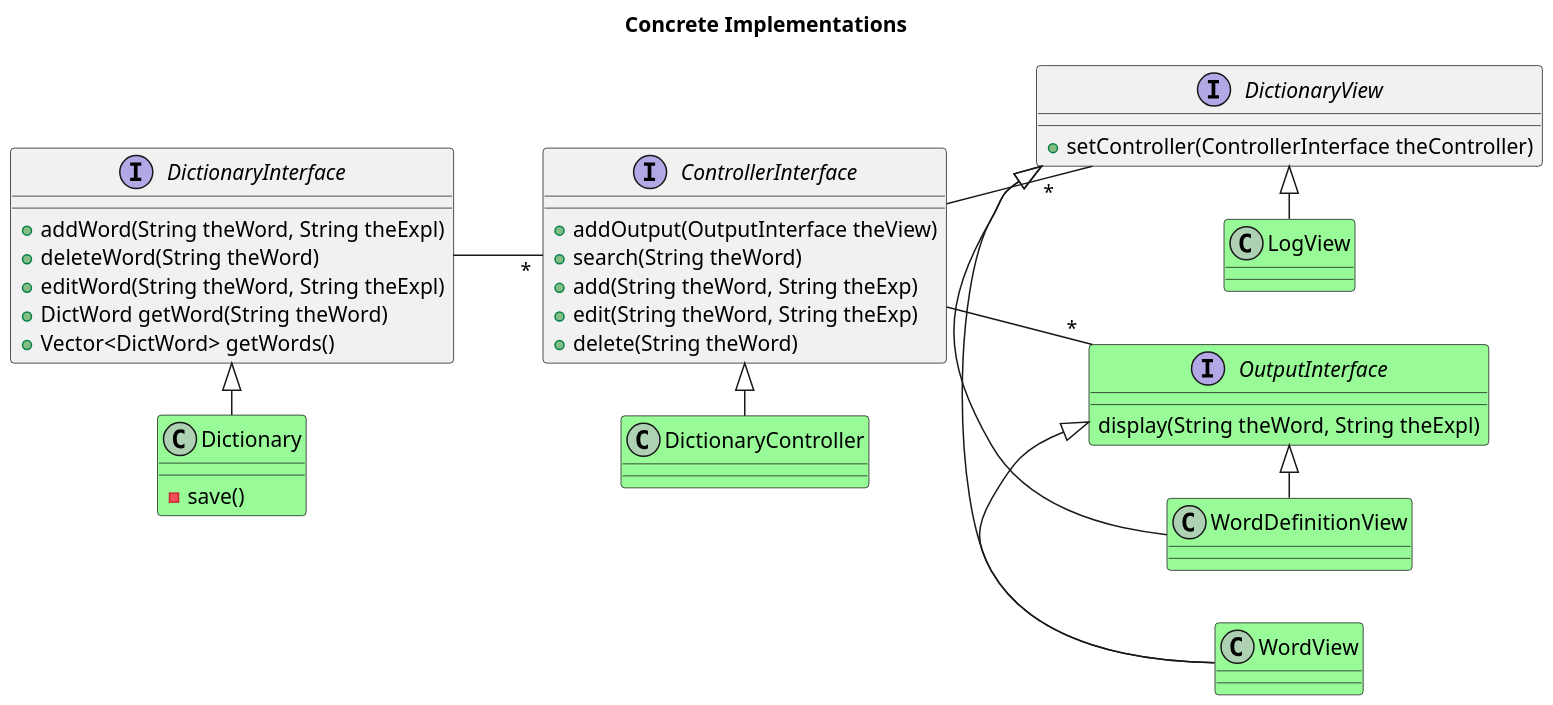
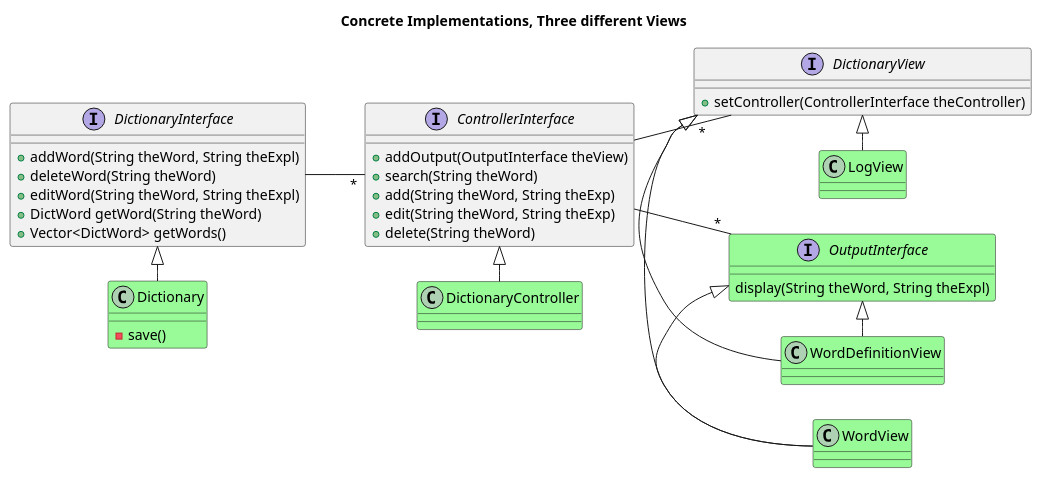
One commit to bth-dipt-teaching/PA1458-OO-Design changed the sixth of 8 diagrams in Lectures/07_Design_to_Code.org. Above: the diagram before and after it, drawn with PlantUML. The commit also changed other lines of this file and 15 other files, not shown here.

```diff
--- a/Lectures/07_Design_to_Code.org
+++ b/Lectures/07_Design_to_Code.org
@@ -162,46 +171,46 @@
 #+BEGIN_SRC plantuml :file FDictionaryClass2.png
-scale 1.5
+'scale 1.5
 left to right direction
-title Concrete Implementations
+title Concrete Implementations, Three different Views
 interface DictionaryInterface
 DictionaryInterface : +addWord(String theWord, String theExpl)
 DictionaryInterface : +deleteWord(String theWord)
 DictionaryInterface : +editWord(String theWord, String theExpl)
 DictionaryInterface : +DictWord getWord(String theWord)
 DictionaryInterface : +Vector<DictWord> getWords()
 
 interface DictionaryView
 DictionaryView : +setController(ControllerInterface theController)
 
 interface ControllerInterface
 ControllerInterface : +addOutput(OutputInterface theView)
 ControllerInterface : +search(String theWord)
 ControllerInterface : +add(String theWord, String theExp)
 ControllerInterface : +edit(String theWord, String theExp)
 ControllerInterface : +delete(String theWord)
 
 ControllerInterface -- "*" OutputInterface
 interface OutputInterface #PaleGreen
 OutputInterface : display(String theWord, String theExpl)
 
 DictionaryInterface -- "*" ControllerInterface
 ControllerInterface -- "*" DictionaryView
 
 DictionaryInterface <|- Dictionary
 Dictionary : -save()
 
 ControllerInterface <|- DictionaryController
 
 DictionaryView <|- WordView
 DictionaryView <|- WordDefinitionView
 DictionaryView <|- LogView
 
 OutputInterface <|- WordView
 OutputInterface <|- WordDefinitionView
 
 class Dictionary #PaleGreen
 class DictionaryController #PaleGreen
 class LogView #PaleGreen
 class WordDefinitionView #PaleGreen
 class WordView #PaleGreen
 #+END_SRC
```
